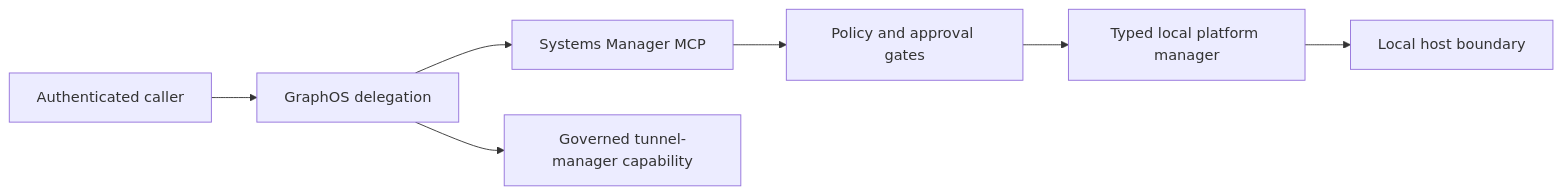
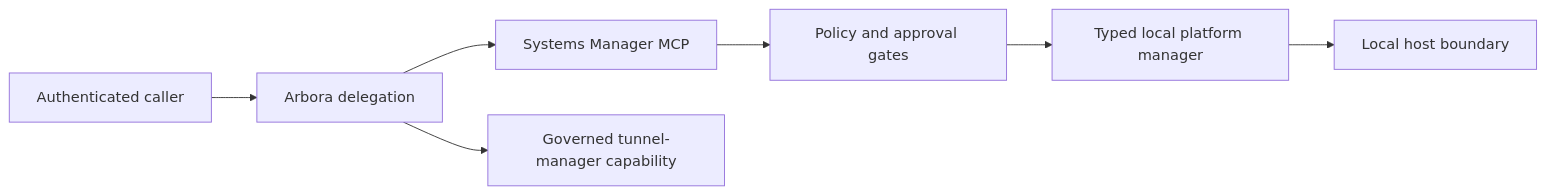
Before and after one commit to Knuckles-Team/systems-manager: the diagram in docs/overview.md, drawn with Mermaid. The commit also changed other lines of this file and 13 other files, not shown here.

First line of the commit message:
chore: rename graph-os terminology to arbora [skip ci]

````diff
--- a/docs/overview.md
+++ b/docs/overview.md
@@ -50,9 +50,9 @@
 ```mermaid
 flowchart LR
-    Caller[Authenticated caller] --> GraphOS[GraphOS delegation]
-    GraphOS --> MCP[Systems Manager MCP]
+    Caller[Authenticated caller] --> Arbora[Arbora delegation]
+    Arbora --> MCP[Systems Manager MCP]
     MCP --> Policy[Policy and approval gates]
     Policy --> Manager[Typed local platform manager]
     Manager --> Host[Local host boundary]
-    GraphOS --> Tunnel[Governed tunnel-manager capability]
+    Arbora --> Tunnel[Governed tunnel-manager capability]
 ```
````
